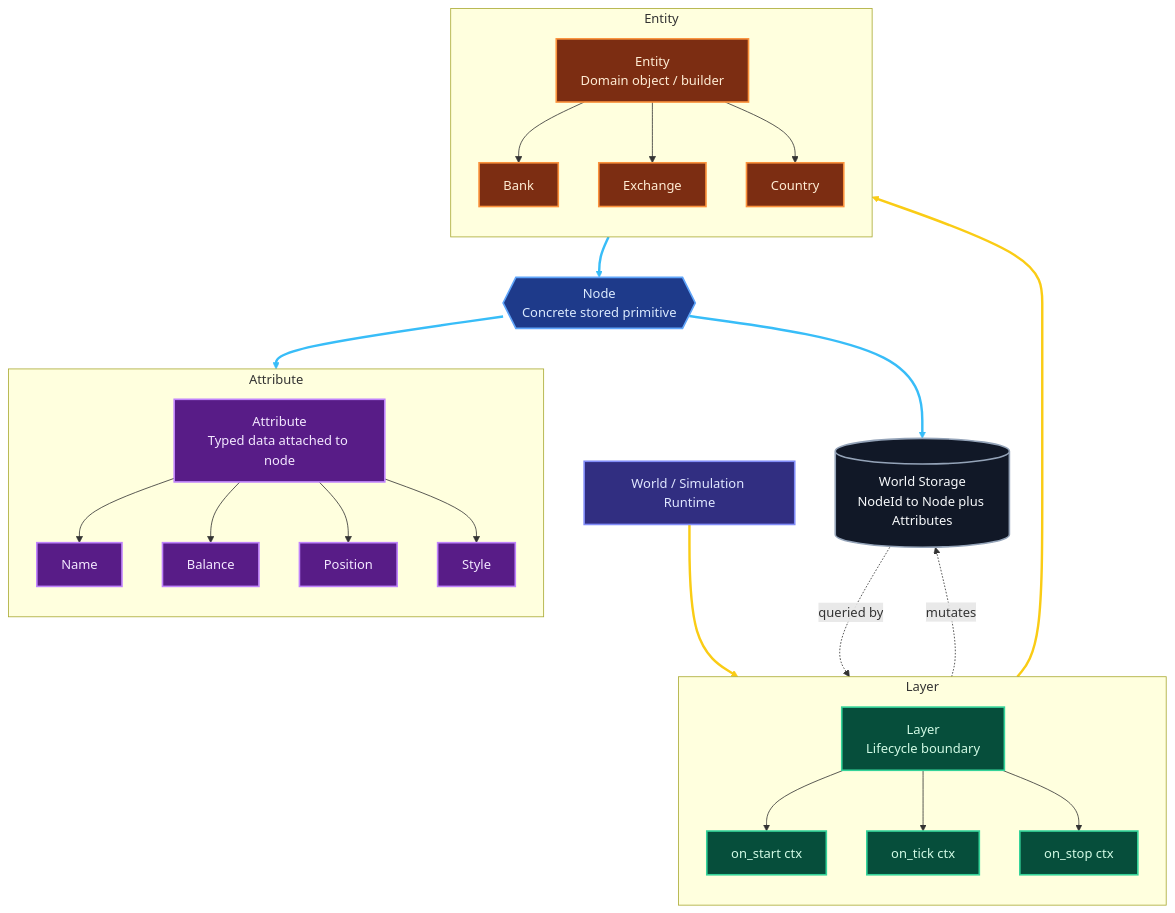
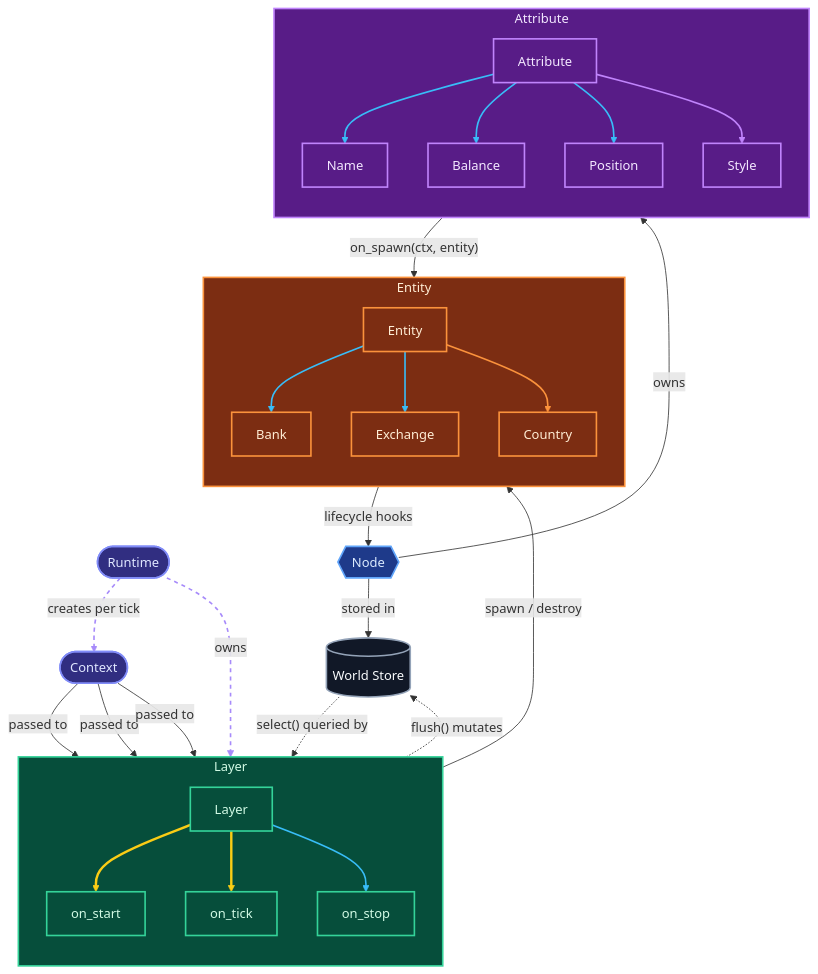
Before and after one commit to aacebo/rome: the diagram in docs/01.lea.md, drawn with Mermaid. The commit also changed 2 other files, not shown here.

````diff
--- a/docs/01.lea.md
+++ b/docs/01.lea.md
@@ -3,58 +3,60 @@
 ```mermaid
 flowchart TD
-    World["World / Simulation Runtime"]
+    Runtime(["Runtime"])
+    Context(["Context"])
 
-    subgraph LayerGraph["Layer"]
+    subgraph LayerBox["Layer"]
         direction TB
-        Layer["Layer<br/>Lifecycle boundary"]
-        Start["on_start ctx"]
-        Tick["on_tick ctx"]
-        Stop["on_stop ctx"]
+        Layer["Layer"]
+        Start["on_start"]
+        Tick["on_tick"]
+        Stop["on_stop"]
+        Layer --> Start
+        Layer --> Tick
+        Layer --> Stop
     end
 
-    subgraph EntityGraph["Entity"]
+    subgraph EntityBox["Entity"]
         direction TB
-        Entity["Entity<br/>Domain object / builder"]
+        Entity["Entity"]
         Bank["Bank"]
         Exchange["Exchange"]
         Country["Country"]
+        Entity --> Bank
+        Entity --> Exchange
+        Entity --> Country
     end
 
-    subgraph AttributeGraph["Attribute"]
+    subgraph AttributeBox["Attribute"]
         direction TB
-        Attribute["Attribute<br/>Typed data attached to node"]
+        Attribute["Attribute"]
         Name["Name"]
         Balance["Balance"]
         Position["Position"]
         Style["Style"]
+        Attribute --> Name
+        Attribute --> Balance
+        Attribute --> Position
+        Attribute --> Style
     end
 
-    Node{{"Node<br/>Concrete stored primitive"}}
-    Store[("World Storage<br/>NodeId to Node plus Attributes")]
+    Store[("World Store")]
+    Node{{"Node"}}
 
-    World --> Layer
+    Runtime -- "owns" --> LayerBox
+    Runtime -- "creates per tick" --> Context
+    Context -- "passed to" --> Start
+    Context -- "passed to" --> Tick
+    Context -- "passed to" --> Stop
 
-    Layer --> Start
-    Layer --> Tick
-    Layer --> Stop
+    Tick -- "spawn / destroy" --> Entity
+    Entity -- "lifecycle hooks" --> Node
+    Node -- "stored in" --> Store
+    Node -- "owns" --> Attribute
+    Attribute -- "on_spawn(ctx, entity)" --> Entity
 
-    Tick --> Entity
-
-    Entity --> Bank
-    Entity --> Exchange
-    Entity --> Country
-
-    Entity --> Node
-    Node --> Store
-    Node --> Attribute
-
-    Attribute --> Name
-    Attribute --> Balance
-    Attribute --> Position
-    Attribute --> Style
-
-    Tick -. "mutates" .-> Store
-    Store -. "queried by" .-> Layer
+    Tick -. "flush() mutates" .-> Store
+    Store -. "select() queried by" .-> Layer
 
     classDef world fill:#312e81,stroke:#818cf8,stroke-width:2px,color:#e0e7ff
     classDef layer fill:#064e3b,stroke:#34d399,stroke-width:2px,color:#d1fae5
@@ -63,16 +65,23 @@
     classDef node fill:#1e3a8a,stroke:#60a5fa,stroke-width:2px,color:#dbeafe
     classDef store fill:#111827,stroke:#94a3b8,stroke-width:2px,color:#f8fafc
 
-    class World world
-    class Layer,Start,Tick,Stop layer
-    class Entity,Bank,Exchange,Country entity
-    class Attribute,Name,Balance,Position,Style attribute
+    class Runtime,Context world
+    class LayerBox,Layer,Start,Tick,Stop layer
+    class EntityBox,Entity,Bank,Exchange,Country entity
+    class AttributeBox,Attribute,Name,Balance,Position,Style attribute
     class Node node
     class Store store
 
     linkStyle 0 stroke:#facc15,stroke-width:3px
-    linkStyle 4 stroke:#facc15,stroke-width:3px
-    linkStyle 8 stroke:#38bdf8,stroke-width:3px
-    linkStyle 9 stroke:#38bdf8,stroke-width:3px
-    linkStyle 10 stroke:#38bdf8,stroke-width:3px
+    linkStyle 1 stroke:#facc15,stroke-width:3px
+    linkStyle 2 stroke:#38bdf8,stroke-width:2px
+    linkStyle 3 stroke:#38bdf8,stroke-width:2px
+    linkStyle 4 stroke:#38bdf8,stroke-width:2px
+    linkStyle 5 stroke:#fb923c,stroke-width:2px
+    linkStyle 6 stroke:#38bdf8,stroke-width:2px
+    linkStyle 7 stroke:#38bdf8,stroke-width:2px
+    linkStyle 8 stroke:#38bdf8,stroke-width:2px
+    linkStyle 9 stroke:#c084fc,stroke-width:2px
+    linkStyle 10 stroke:#a78bfa,stroke-width:2px,stroke-dasharray:5 5
+    linkStyle 11 stroke:#a78bfa,stroke-width:2px,stroke-dasharray:5 5
 ```
````
